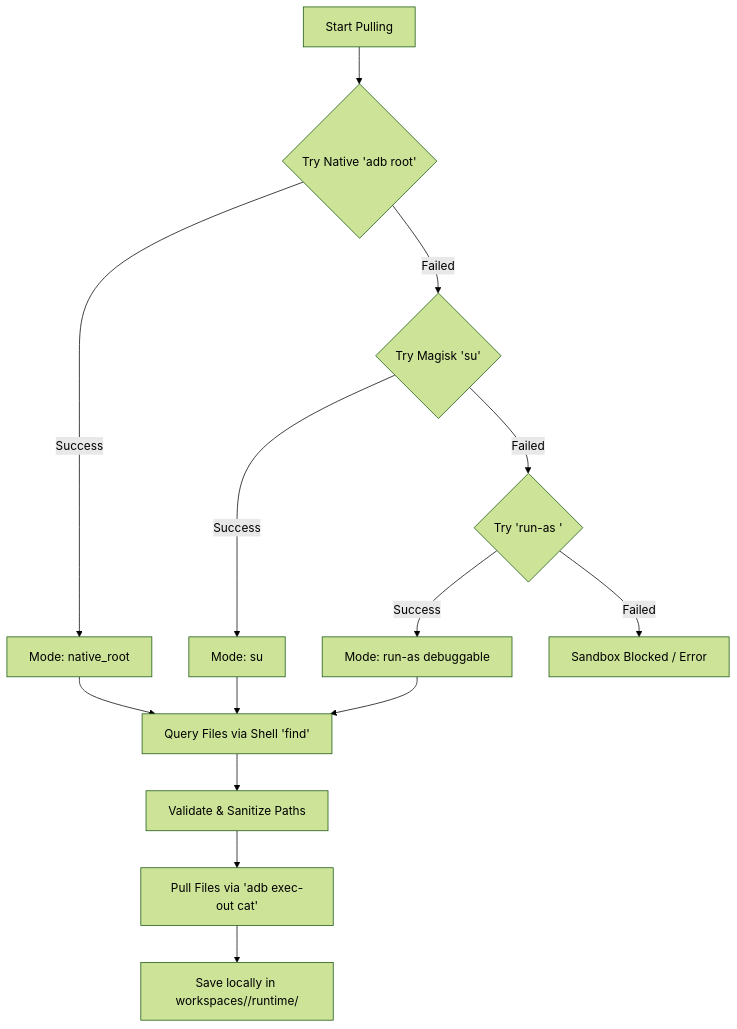
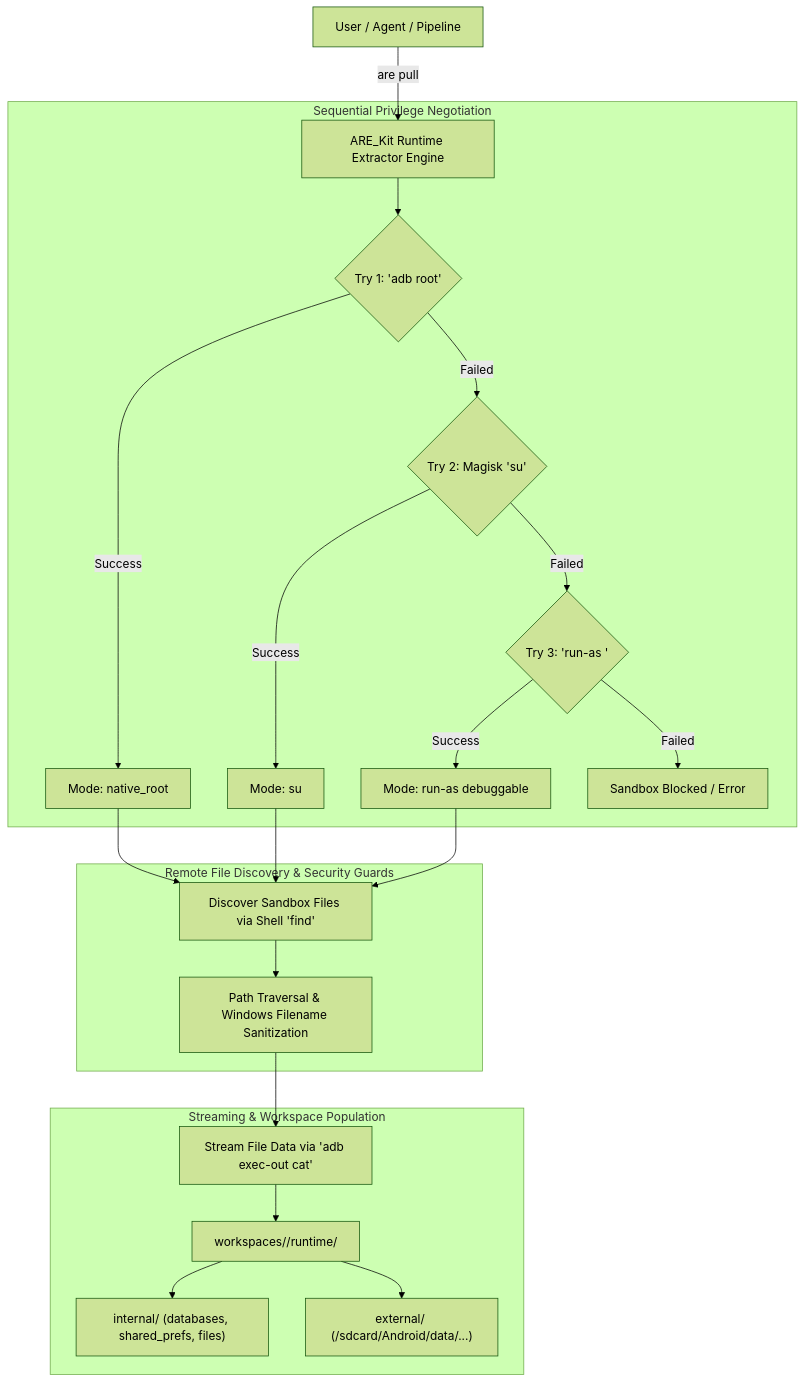
Before and after one commit to impeterwayne/REAKit: the diagram in docs/runtime_extraction.md, drawn with Mermaid (forest theme). The commit also changed other lines of this file and 1678 other files, not shown here.

````diff
--- a/docs/runtime_extraction.md
+++ b/docs/runtime_extraction.md
@@ -15,15 +15,26 @@
 ```mermaid
 graph TD
-    A[Start Pulling] --> B{Try Native 'adb root'}
-    B -->|Success| C[Mode: native_root]
-    B -->|Failed| D{Try Magisk 'su'}
-    D -->|Success| E[Mode: su]
-    D -->|Failed| F{Try 'run-as <package>'}
-    F -->|Success| G[Mode: run-as debuggable]
-    F -->|Failed| H[Sandbox Blocked / Error]
+    User[User / Agent / Pipeline] -->|are pull <package_name>| Engine[ARE_Kit Runtime Extractor Engine]
     
-    C & E & G --> I[Query Files via Shell 'find']
-    I --> J[Validate & Sanitize Paths]
-    J --> K[Pull Files via 'adb exec-out cat']
-    K --> L[Save locally in workspaces/<alias>/runtime/]
+    subgraph Privilege ["Sequential Privilege Negotiation"]
+        Engine --> Step1{Try 1: 'adb root'}
+        Step1 -->|Success| Mode1[Mode: native_root]
+        Step1 -->|Failed| Step2{Try 2: Magisk 'su'}
+        Step2 -->|Success| Mode2[Mode: su]
+        Step2 -->|Failed| Step3{Try 3: 'run-as <package>'}
+        Step3 -->|Success| Mode3[Mode: run-as debuggable]
+        Step3 -->|Failed| Error[Sandbox Blocked / Error]
+    end
+
+    subgraph Inspection ["Remote File Discovery & Security Guards"]
+        Mode1 & Mode2 & Mode3 --> Find[Discover Sandbox Files via Shell 'find']
+        Find --> Validate[Path Traversal & Windows Filename Sanitization]
+    end
+
+    subgraph Extraction ["Streaming & Workspace Population"]
+        Validate --> Stream[Stream File Data via 'adb exec-out cat']
+        Stream --> LocalWork["workspaces/<package_name>/runtime/"]
+        LocalWork --> Internal["internal/ (databases, shared_prefs, files)"]
+        LocalWork --> External["external/ (/sdcard/Android/data/...)"]
+    end
 ```
````
